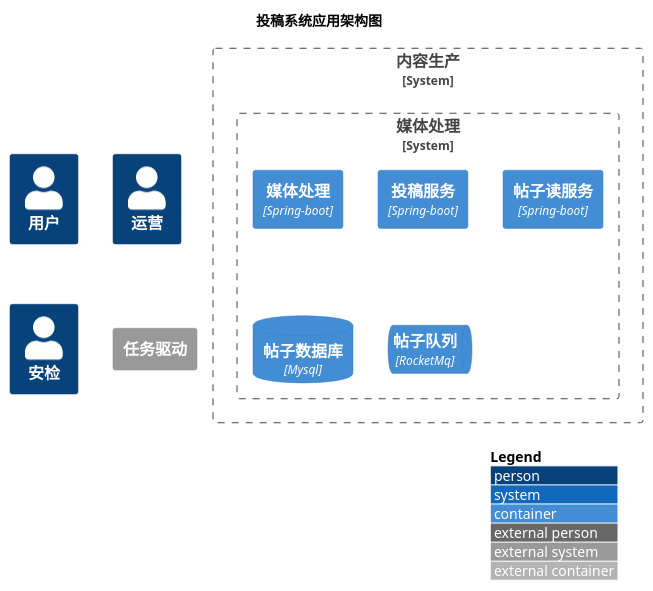
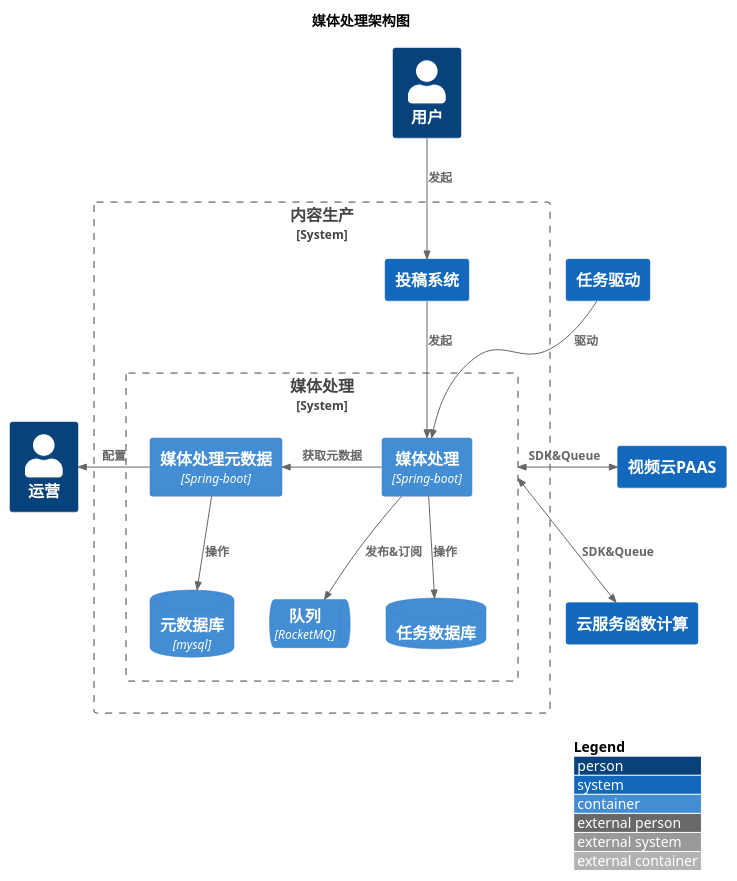
The diagram in puml/content/mediaprocess/container.puml (nxnnxn/community-doc), drawn with PlantUML before and after one commit. The commit also changed 3 other files, not shown here.

```diff
--- a/puml/content/mediaprocess/container.puml
+++ b/puml/content/mediaprocess/container.puml
@@ -1,29 +1,37 @@
 @startuml
 !include <C4/C4_Container>
 LAYOUT_WITH_LEGEND()
 
-title 投稿系统应用架构图
+title 媒体处理架构图
 
 Person(user, "用户")
 Person(user1, "运营")
-Person(user2, "安检")
+System("dts","任务驱动")
+System("fun","云服务函数计算")
+System("videoPaas","视频云PAAS")
 
 System_Boundary(contentProduction, "内容生产"){
+    System("postService","投稿系统")
     System_Boundary(mediaProcessBoundary, "媒体处理") {
-          Container(mediaProcessService, "媒体处理","Spring-boot")
-          Container(postService, "投稿服务","Spring-boot")
-          Container(postReadService, "帖子读服务","Spring-boot")
-          ContainerDb(postDatabase, "帖子数据库", "Mysql")
-          ContainerQueue(postQueue, "帖子队列", "RocketMq")
+          Container(mediaProcessService, "媒体处理元数据","Spring-boot")
+          Container(mediaProcessJoB, "媒体处理","Spring-boot")
+          ContainerDb(mediaProcessDatabase, "元数据库","mysql")
+          ContainerDb(mediaProcessJoBDatabase, "任务数据库")
+          ContainerQueue(mediaProcessQueue, "队列","RocketMQ")
+          Rel_L(mediaProcessJoB,mediaProcessService,"获取元数据")
+          Rel(mediaProcessJoB,mediaProcessJoBDatabase,"操作")
+          Rel(mediaProcessService,mediaProcessDatabase,"操作")
+          Rel(mediaProcessJoB,mediaProcessQueue,"发布&订阅")
+   }
+   Rel(dts,mediaProcessJoB,"驱动")
 
-   }
 }
 
-System_Ext("dts","任务驱动")
-
-
-
-
+Rel_L(mediaProcessService,user1,"配置")
+Rel(postService,mediaProcessJoB,"发起")
+Rel(user,postService,"发起")
+BiRel_R(mediaProcessBoundary,videoPaas,"SDK&Queue")
+BiRel(mediaProcessBoundary,fun,"SDK&Queue")
 
 
 @enduml
```
